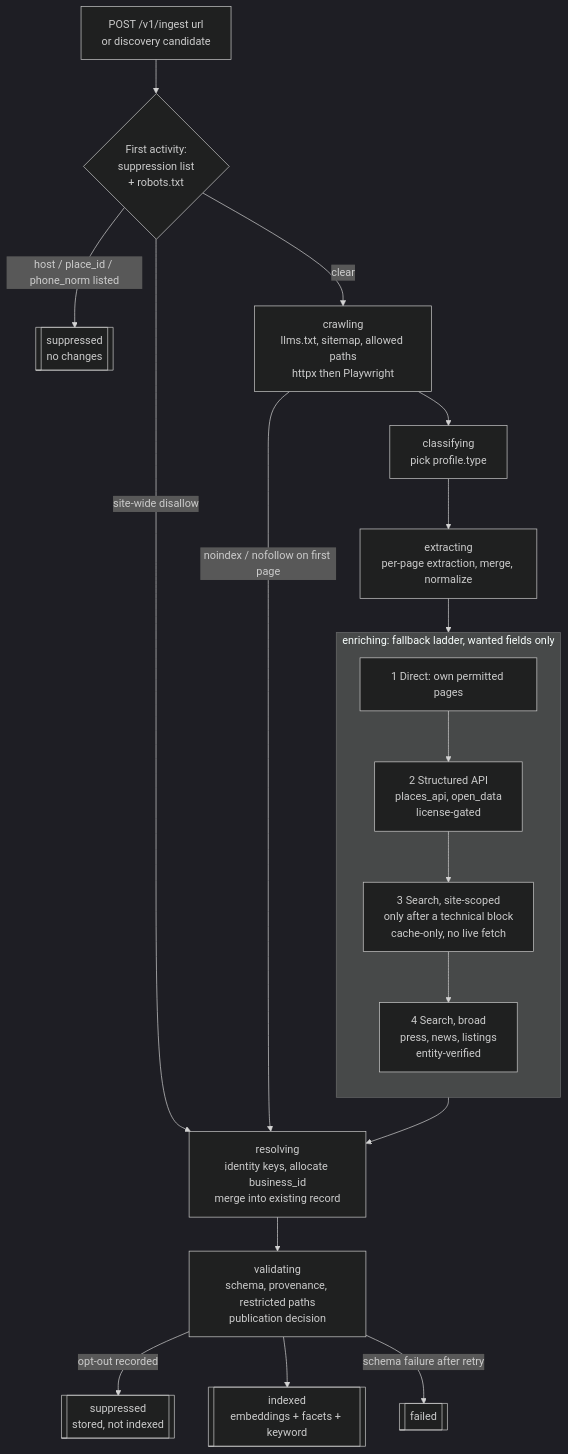
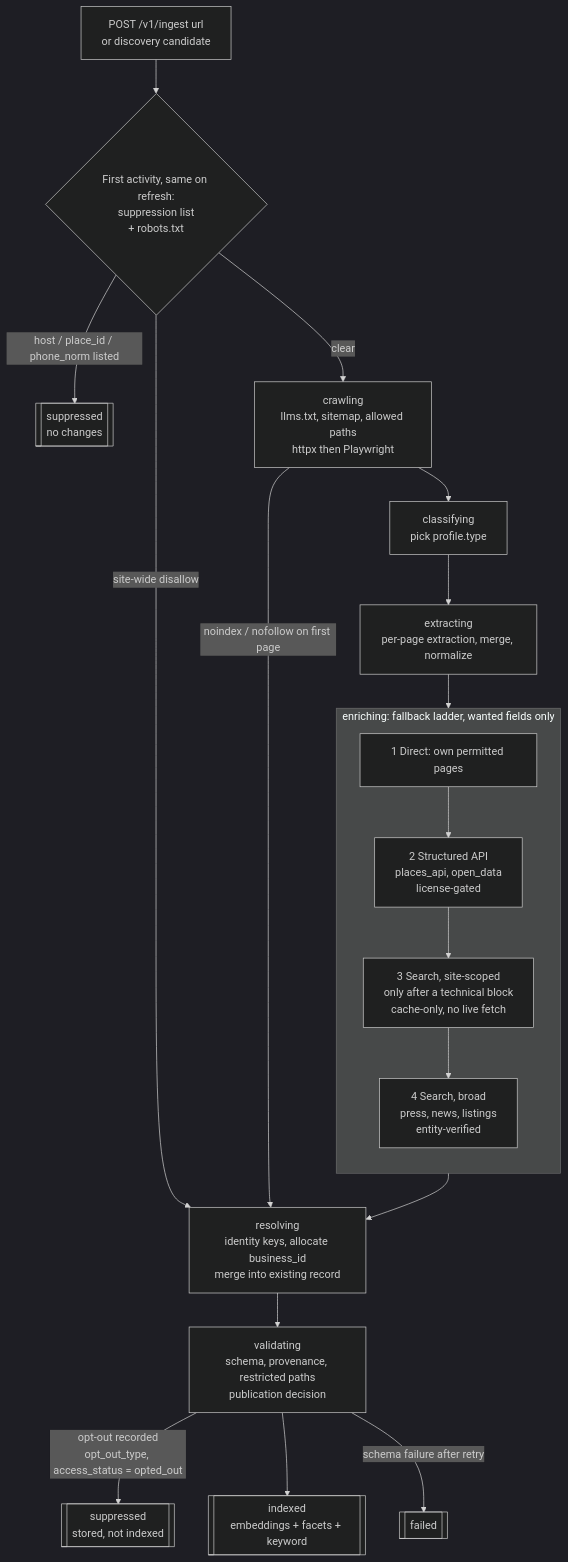
The second of 6 diagrams in ARCHITECTURE.md (hp94087/akira), drawn with Mermaid (dark theme) before and after one commit. The commit also changed other lines of this file and 1 other file, not shown here.

First line of the commit message:
Update ARCHITECTURE.md to match SPEC.md; remove stale ARCHITECTURE.pdf

````diff
--- a/ARCHITECTURE.md
+++ b/ARCHITECTURE.md
@@ -70,24 +70,24 @@
 ```mermaid
 flowchart TD
-  IN[POST /v1/ingest url<br/>or discovery candidate] --> CHK{First activity:<br/>suppression list<br/>+ robots.txt}
+  IN[POST /v1/ingest url<br/>or discovery candidate] --> CHK{First activity, same on refresh:<br/>suppression list<br/>+ robots.txt}
   CHK -->|host / place_id / phone_norm listed| SUP1[[suppressed<br/>no changes]]
   CHK -->|site-wide disallow| RES
   CHK -->|clear| CR[crawling<br/>llms.txt, sitemap, allowed paths<br/>httpx then Playwright]
   CR -->|noindex / nofollow on first page| RES
   CR --> CL[classifying<br/>pick profile.type]
   CL --> EX[extracting<br/>per-page extraction, merge, normalize]
   EX --> EN
 
   subgraph EN["enriching: fallback ladder, wanted fields only"]
     direction TB
     L1[1 Direct: own permitted pages] --> L2[2 Structured API<br/>places_api, open_data<br/>license-gated]
     L2 --> L3[3 Search, site-scoped<br/>only after a technical block<br/>cache-only, no live fetch]
     L3 --> L4[4 Search, broad<br/>press, news, listings<br/>entity-verified]
   end
 
   EN --> RES[resolving<br/>identity keys, allocate business_id<br/>merge into existing record]
   RES --> VAL[validating<br/>schema, provenance, restricted paths<br/>publication decision]
-  VAL -->|opt-out recorded| SUP2[[suppressed<br/>stored, not indexed]]
+  VAL -->|opt-out recorded<br/>opt_out_type, access_status = opted_out| SUP2[[suppressed<br/>stored, not indexed]]
   VAL --> IDX[[indexed<br/>embeddings + facets + keyword]]
   VAL -->|schema failure after retry| FAIL[[failed]]
 ```
````
